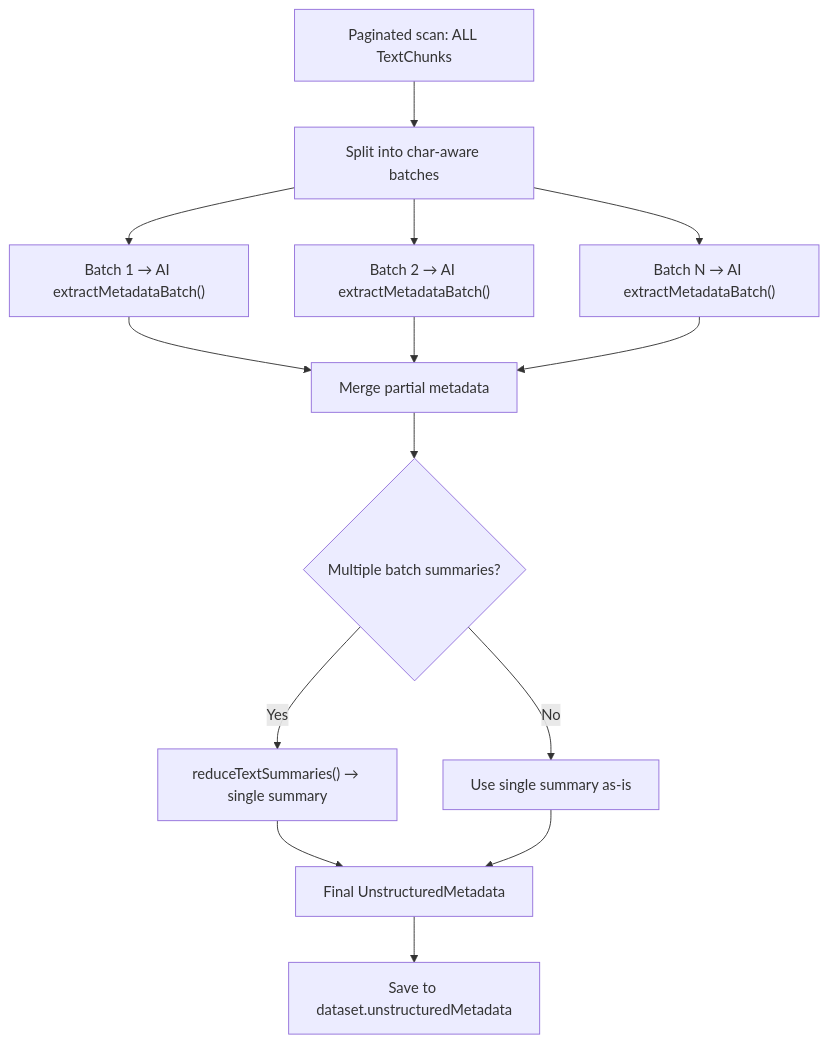
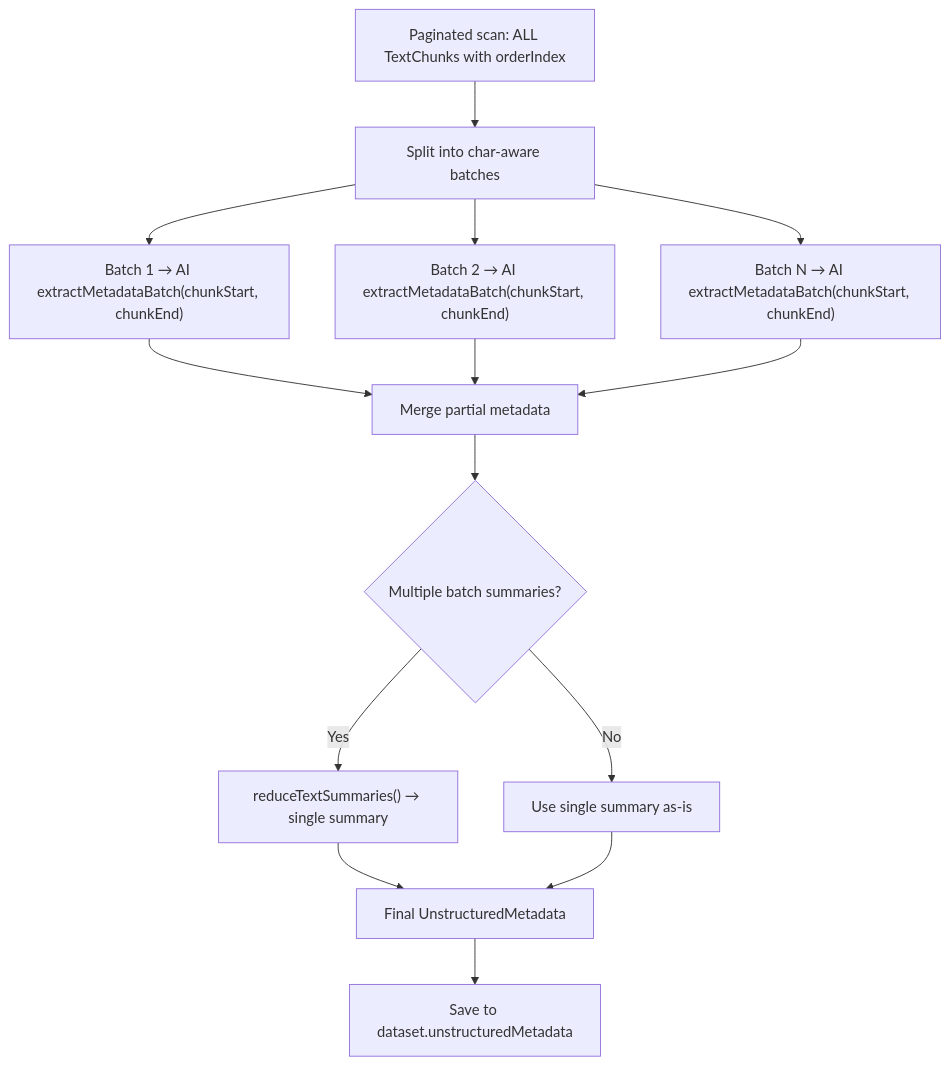
Before and after one commit to hinora/data-analysis: the diagram in docs/domain-knowledge/document-summarization.md, drawn with Mermaid. The commit also changed other lines of this file and 16 other files, not shown here.

````diff
--- a/docs/domain-knowledge/document-summarization.md
+++ b/docs/domain-knowledge/document-summarization.md
@@ -93,16 +26,16 @@
 ```mermaid
 flowchart TD
-    A[Paginated scan: ALL TextChunks] --> B[Split into char-aware batches]
-    B --> C1["Batch 1 → AI extractMetadataBatch()"]
-    B --> C2["Batch 2 → AI extractMetadataBatch()"]
-    B --> CN["Batch N → AI extractMetadataBatch()"]
+    A[Paginated scan: ALL TextChunks with orderIndex] --> B[Split into char-aware batches]
+    B --> C1["Batch 1 → AI extractMetadataBatch(chunkStart, chunkEnd)"]
+    B --> C2["Batch 2 → AI extractMetadataBatch(chunkStart, chunkEnd)"]
+    B --> CN["Batch N → AI extractMetadataBatch(chunkStart, chunkEnd)"]
     C1 --> D[Merge partial metadata]
     C2 --> D
     CN --> D
     D --> E{Multiple batch summaries?}
     E -- Yes --> F["reduceTextSummaries() → single summary"]
     E -- No --> G[Use single summary as-is]
     F --> H[Final UnstructuredMetadata]
     G --> H
     H --> I[Save to dataset.unstructuredMetadata]
 ```
````
